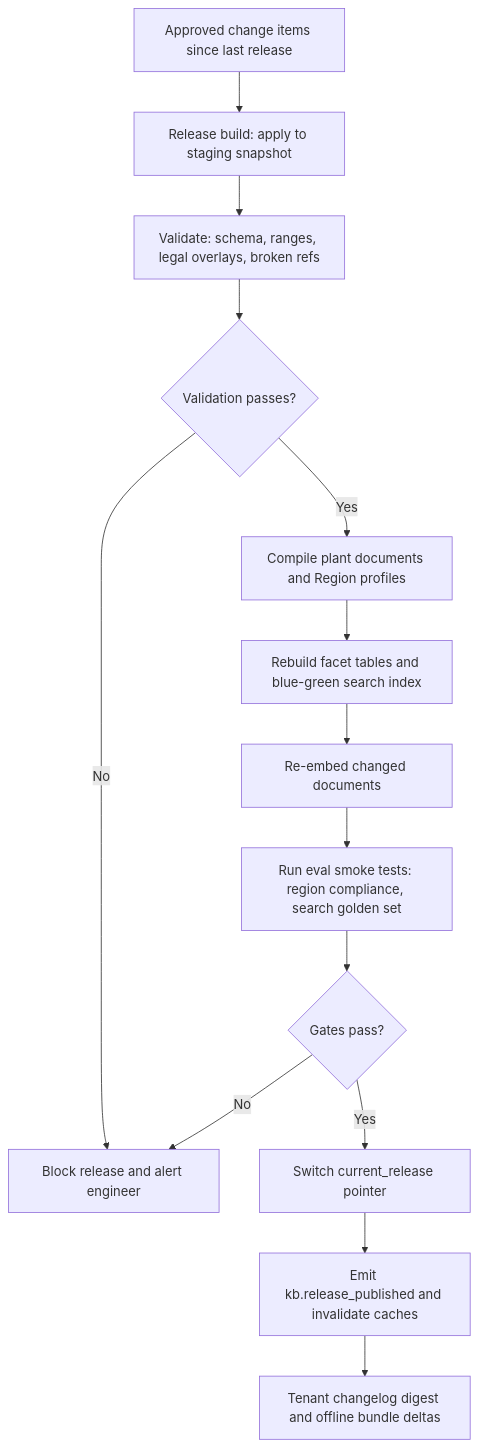
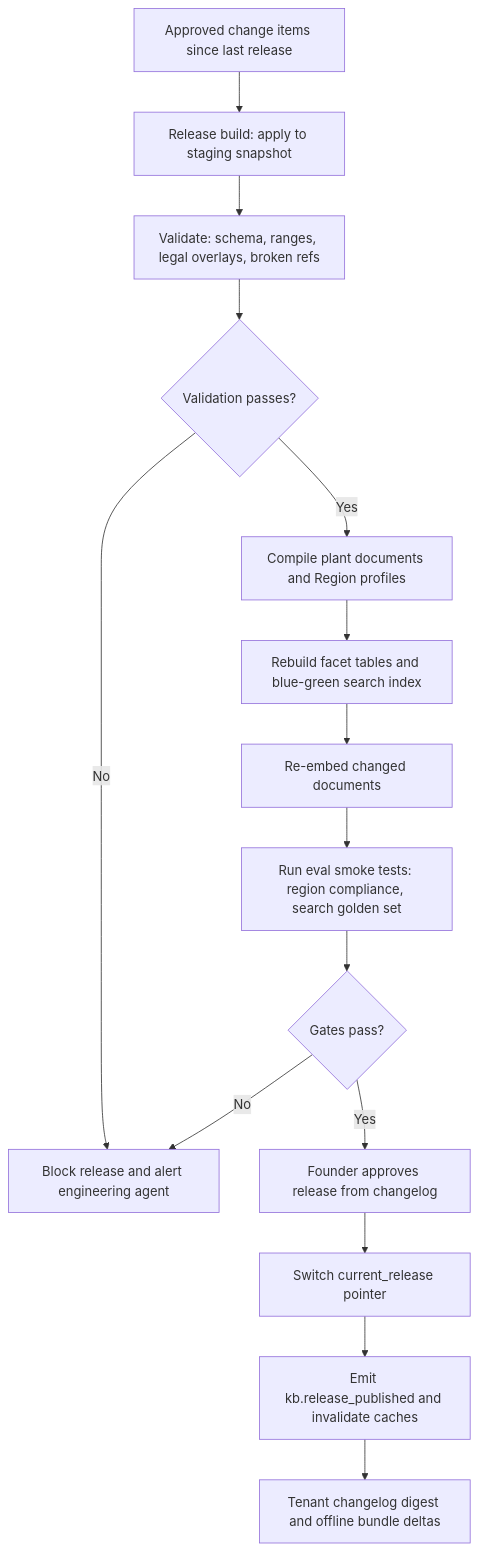
Before and after one commit to jdinard/landscape: diagram 13 of 16 in docs/12-plant-knowledge-base.md, drawn with Mermaid. The commit also changed other lines of this file and 11 other files, not shown here.

````diff
--- a/docs/12-plant-knowledge-base.md
+++ b/docs/12-plant-knowledge-base.md
@@ -1329,16 +1334,17 @@
 ```mermaid
 flowchart TD
     A["Approved change items since last release"] --> B["Release build: apply to staging snapshot"]
     B --> C["Validate: schema, ranges, legal overlays, broken refs"]
     C --> D{"Validation passes?"}
-    D -- "No" --> D1["Block release and alert engineer"]
+    D -- "No" --> D1["Block release and alert engineering agent"]
     D -- "Yes" --> E["Compile plant documents and Region profiles"]
     E --> F["Rebuild facet tables and blue-green search index"]
     F --> G["Re-embed changed documents"]
     G --> H["Run eval smoke tests: region compliance, search golden set"]
     H --> I{"Gates pass?"}
     I -- "No" --> D1
-    I -- "Yes" --> J["Switch current_release pointer"]
+    I -- "Yes" --> I2["Founder approves release from changelog"]
+    I2 --> J["Switch current_release pointer"]
     J --> K["Emit kb.release_published and invalidate caches"]
     K --> L["Tenant changelog digest and offline bundle deltas"]
 ```
````
